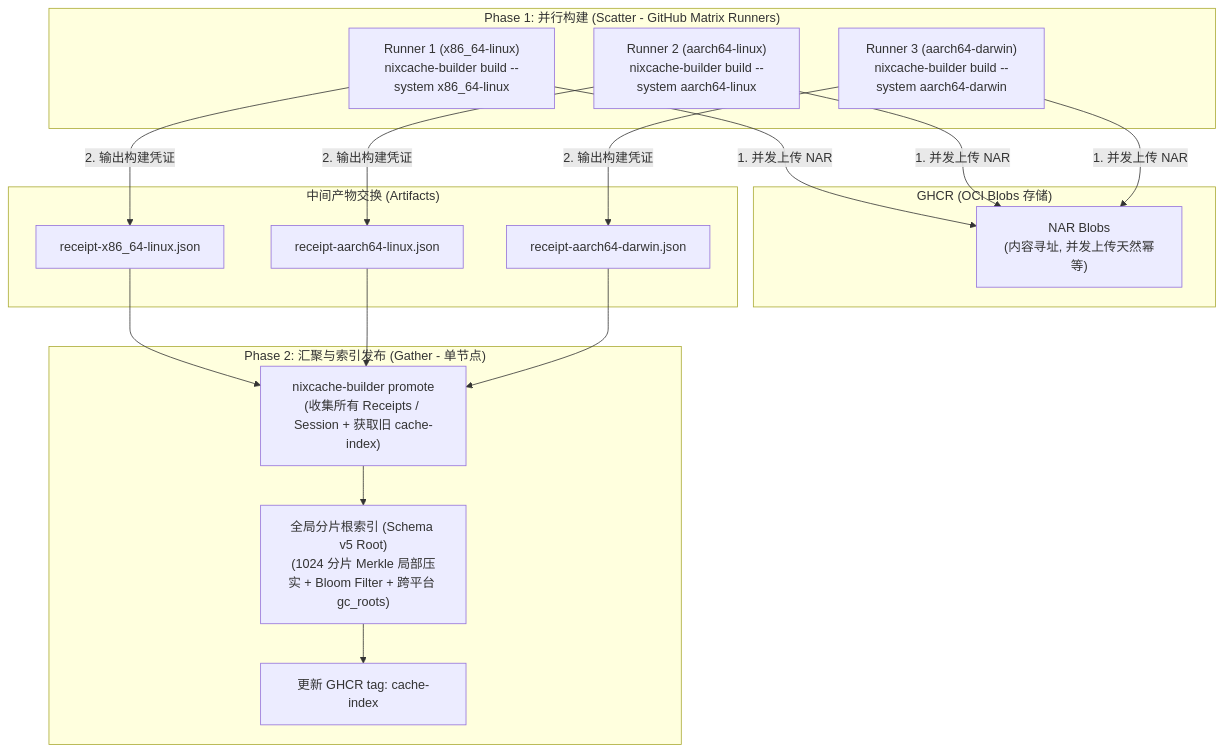
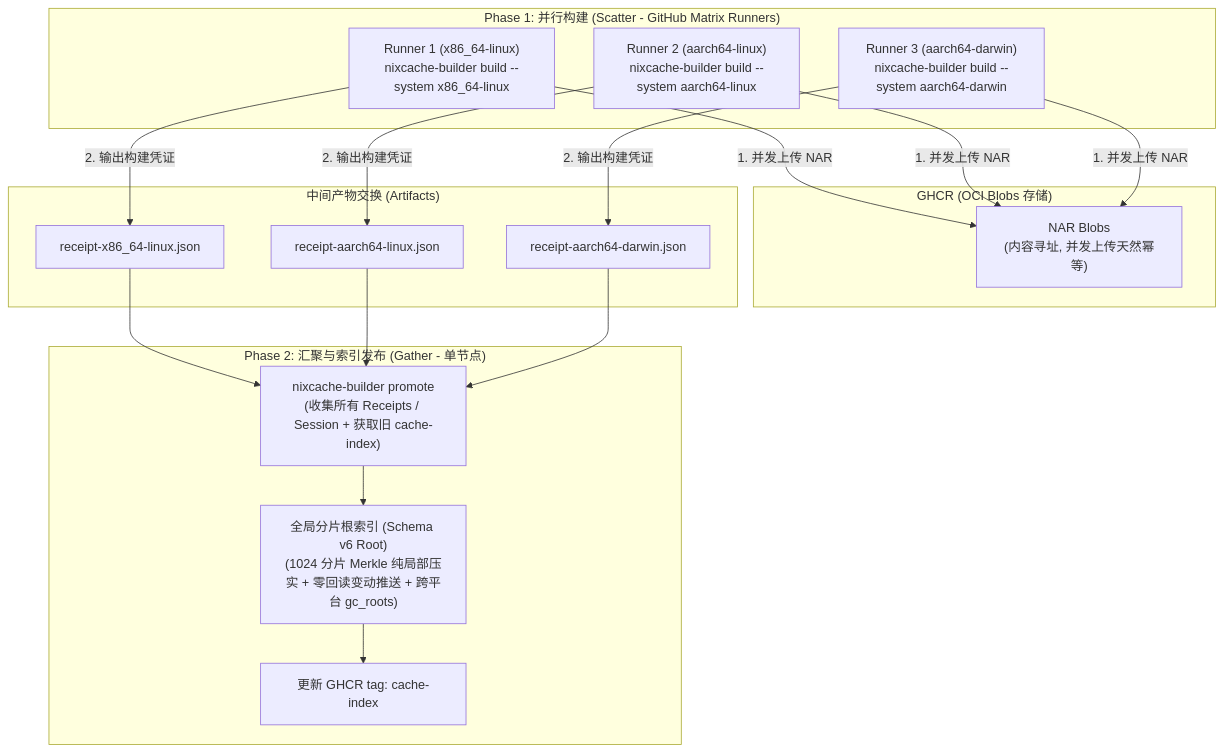
The first of 3 diagrams in README.md (shaogme/nixcache-oci), drawn with Mermaid before and after one commit. The commit also changed other lines of this file and 38 other files, not shown here.

````diff
--- a/README.md
+++ b/README.md
@@ -979,39 +929,39 @@
 ```mermaid
 flowchart TD
     subgraph Matrix ["Phase 1: 并行构建 (Scatter - GitHub Matrix Runners)"]
         RunnerA["Runner 1 (x86_64-linux)<br>nixcache-builder build --system x86_64-linux"]
         RunnerB["Runner 2 (aarch64-linux)<br>nixcache-builder build --system aarch64-linux"]
         RunnerC["Runner 3 (aarch64-darwin)<br>nixcache-builder build --system aarch64-darwin"]
     end
 
     subgraph OCI_Blobs ["GHCR (OCI Blobs 存储)"]
         BlobStorage["NAR Blobs<br>(内容寻址, 并发上传天然幂等)"]
     end
 
     subgraph Receipts ["中间产物交换 (Artifacts)"]
         ReceiptA["receipt-x86_64-linux.json"]
         ReceiptB["receipt-aarch64-linux.json"]
         ReceiptC["receipt-aarch64-darwin.json"]
     end
 
     subgraph Gather ["Phase 2: 汇聚与索引发布 (Gather - 单节点)"]
         Merger["nixcache-builder promote<br>(收集所有 Receipts / Session + 获取旧 cache-index)"]
-        MergedIndex["全局分片根索引 (Schema v5 Root)<br>(1024 分片 Merkle 局部压实 + Bloom Filter + 跨平台 gc_roots)"]
+        MergedIndex["全局分片根索引 (Schema v6 Root)<br>(1024 分片 Merkle 纯局部压实 + 零回读变动推送 + 跨平台 gc_roots)"]
         TagPush["更新 GHCR tag: cache-index"]
     end
 
     RunnerA -->|1. 并发上传 NAR| BlobStorage
     RunnerB -->|1. 并发上传 NAR| BlobStorage
     RunnerC -->|1. 并发上传 NAR| BlobStorage
 
     RunnerA -->|2. 输出构建凭证| ReceiptA
     RunnerB -->|2. 输出构建凭证| ReceiptB
     RunnerC -->|2. 输出构建凭证| ReceiptC
 
     ReceiptA --> Merger
     ReceiptB --> Merger
     ReceiptC --> Merger
 
     Merger --> MergedIndex
     MergedIndex --> TagPush
 ```
````
